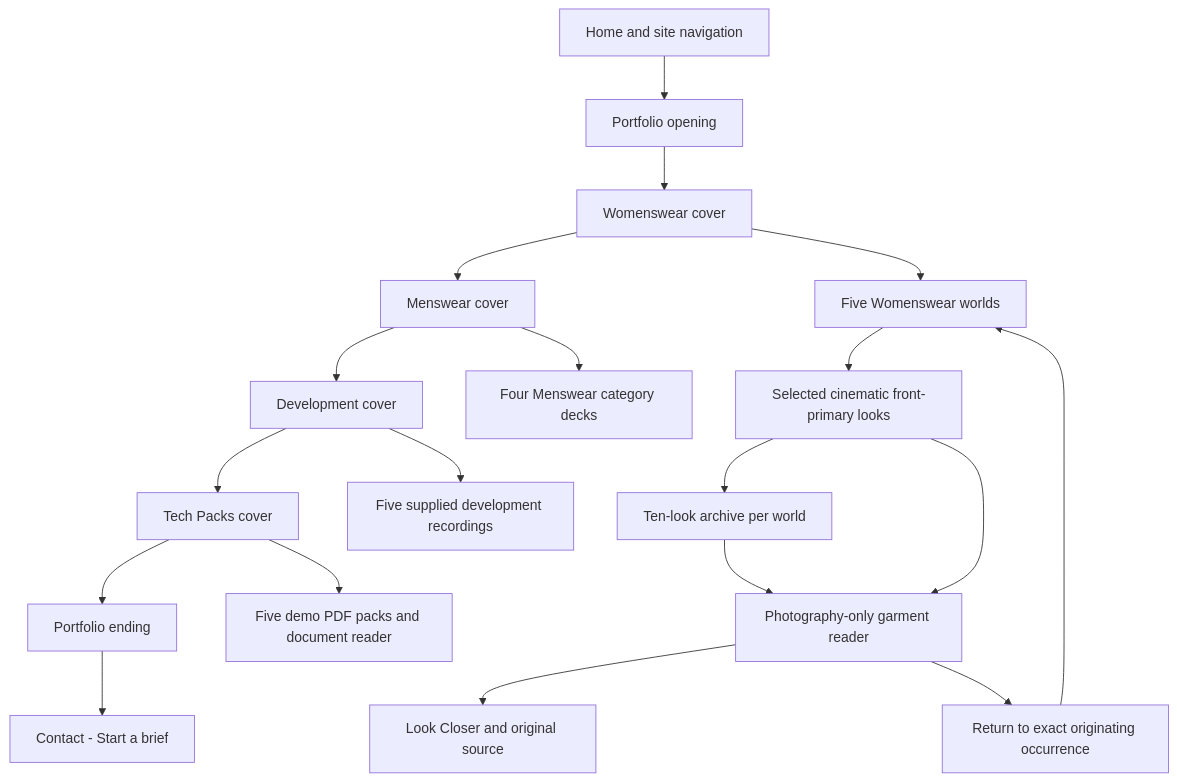
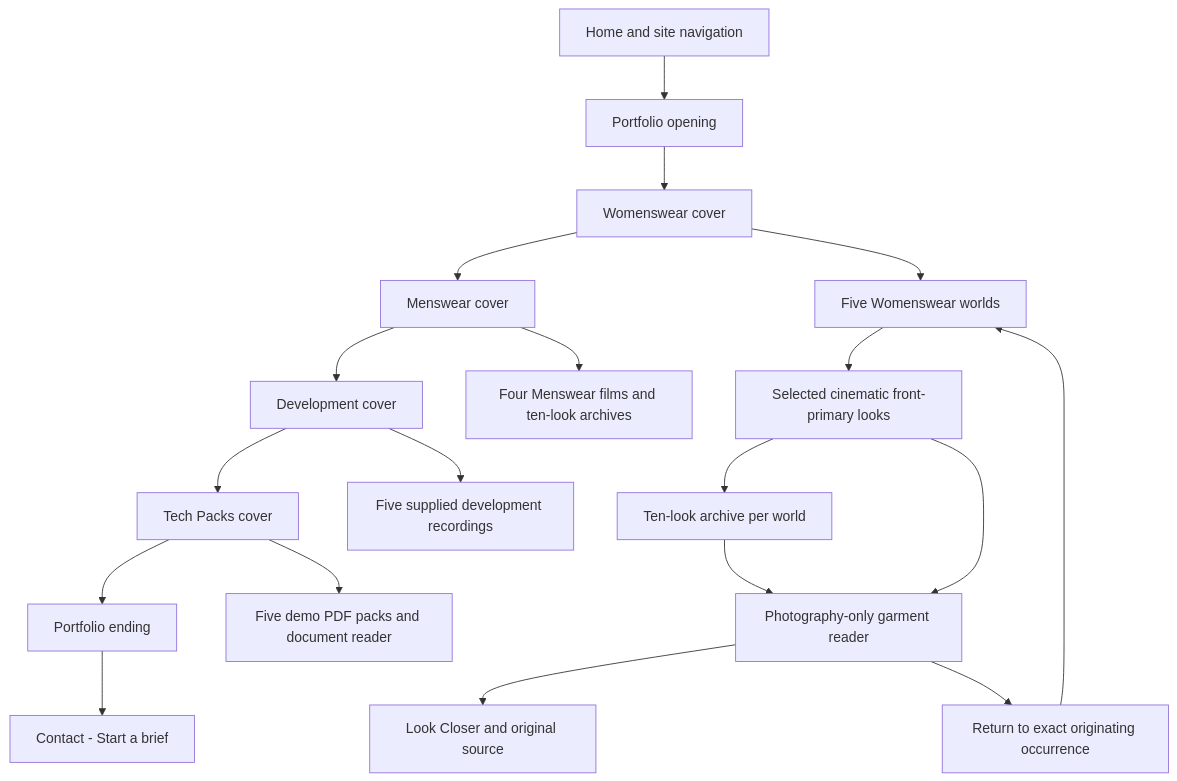
One commit to soufianeaberbach-sudo/portfolio changed the diagram in docs/portfolio/SITE-MAP-AND-NAVIGATION.md. Above: the diagram before and after it, drawn with Mermaid. The commit also changed other lines of this file and 79 other files, not shown here.

````diff
--- a/docs/portfolio/SITE-MAP-AND-NAVIGATION.md
+++ b/docs/portfolio/SITE-MAP-AND-NAVIGATION.md
@@ -38,21 +39,21 @@
 ```mermaid
 flowchart TD
   Site[Home and site navigation] --> P[Portfolio opening]
   P --> WC[Womenswear cover]
   WC --> MC[Menswear cover]
   MC --> DC[Development cover]
   DC --> TC[Tech Packs cover]
   TC --> End[Portfolio ending]
   WC --> WW[Five Womenswear worlds]
   WW --> Edit[Selected cinematic front-primary looks]
   Edit --> Archive[Ten-look archive per world]
   Edit --> Reader[Photography-only garment reader]
   Archive --> Reader
   Reader --> Inspect[Look Closer and original source]
   Reader --> Return[Return to exact originating occurrence]
   Return --> WW
-  MC --> MW[Four Menswear category decks]
+  MC --> MW[Four Menswear films and ten-look archives]
   DC --> Dev[Five supplied development recordings]
   TC --> Docs[Five demo PDF packs and document reader]
   End --> Contact[Contact - Start a brief]
 ```
````
